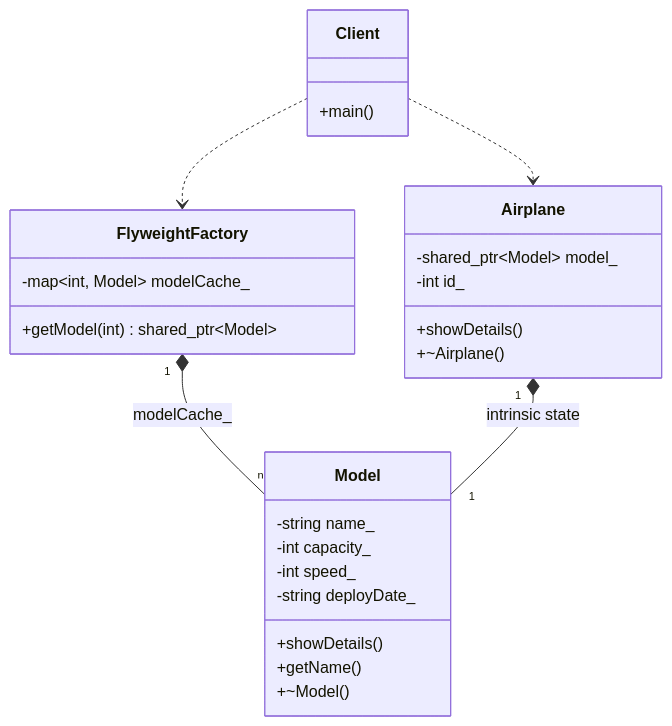
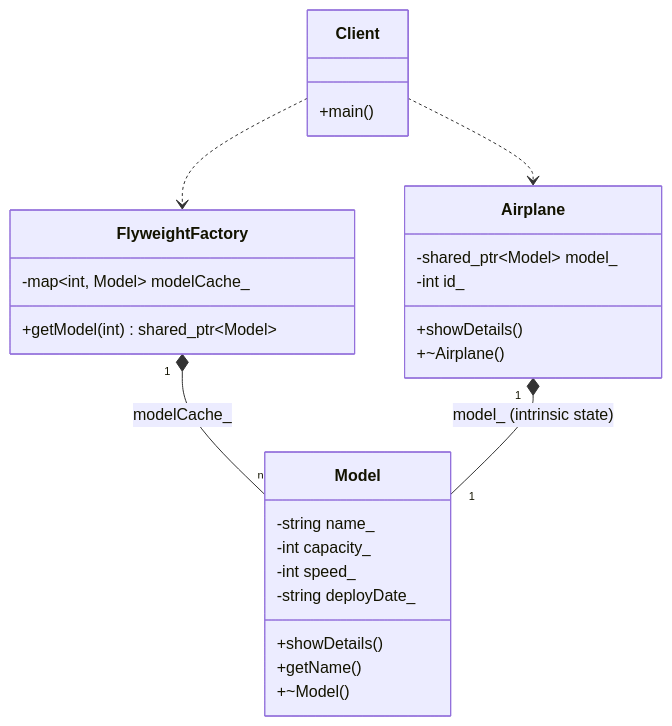
Before and after one commit to Cichlidfishexigency721/Modern-CPP-Design-Patterns: the diagram in 13_Flyweight/README.md, drawn with Mermaid. The commit also changed other lines of this file and 2 other files, not shown here.

Commit message:
UML improvement

````diff
--- a/13_Flyweight/README.md
+++ b/13_Flyweight/README.md
@@ -45,38 +46,38 @@
 ```mermaid
 classDiagram
    class Model {
       -string name_
       -int capacity_
       -int speed_
       -string deployDate_
       +showDetails()
       +getName()
       +~Model()
    }
 
    class FlyweightFactory {
       -map~int, Model~ modelCache_
       +getModel(int) shared_ptr~Model~
    }
 
    class Airplane {
       -shared_ptr~Model~ model_
       -int id_
       +showDetails()
       +~Airplane()
    }
 
    class Client {
       +main()
    }
 
    %% The Factory owns and manages the pool of shared models
    FlyweightFactory "1" *-- "n" Model : modelCache_
 
    %% Many Airplanes share the same single Model instance
-   Airplane "1" *-- "1" Model : intrinsic state
+   Airplane "1" *-- "1" Model : model_ (intrinsic state)
 
    %% Client interacts with the factory to get models and creates airplanes
    Client ..> FlyweightFactory
    Client ..> Airplane
 ```
````
